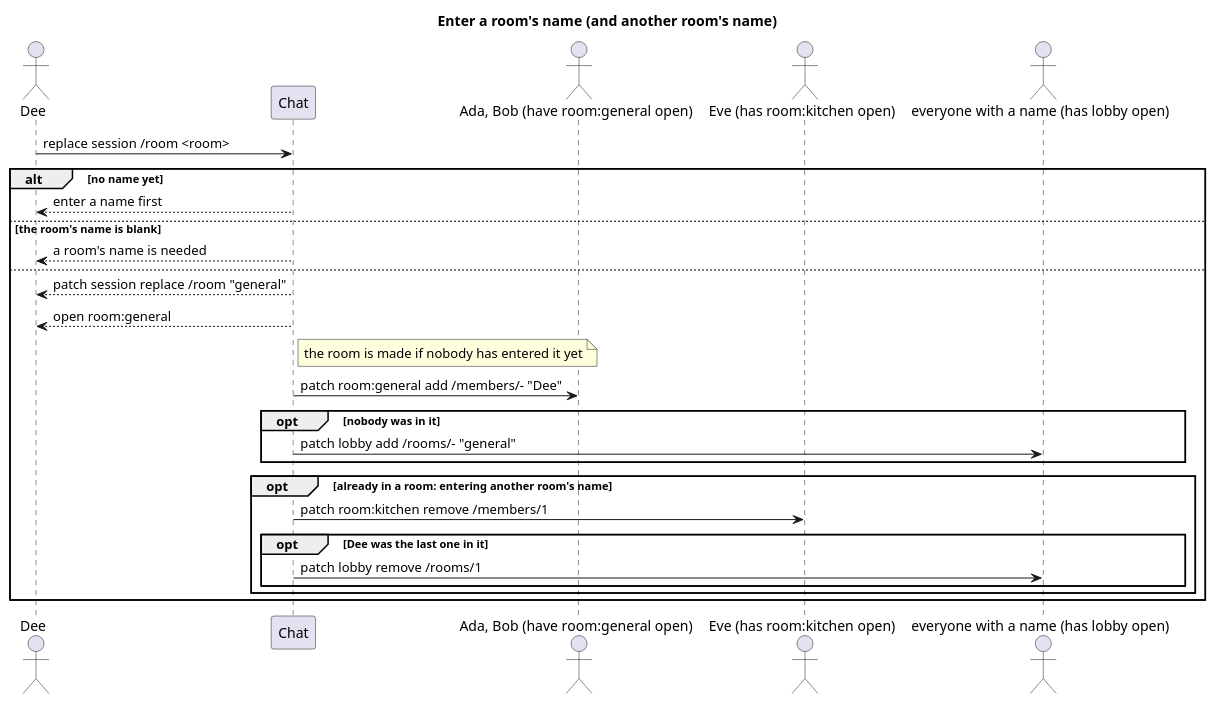
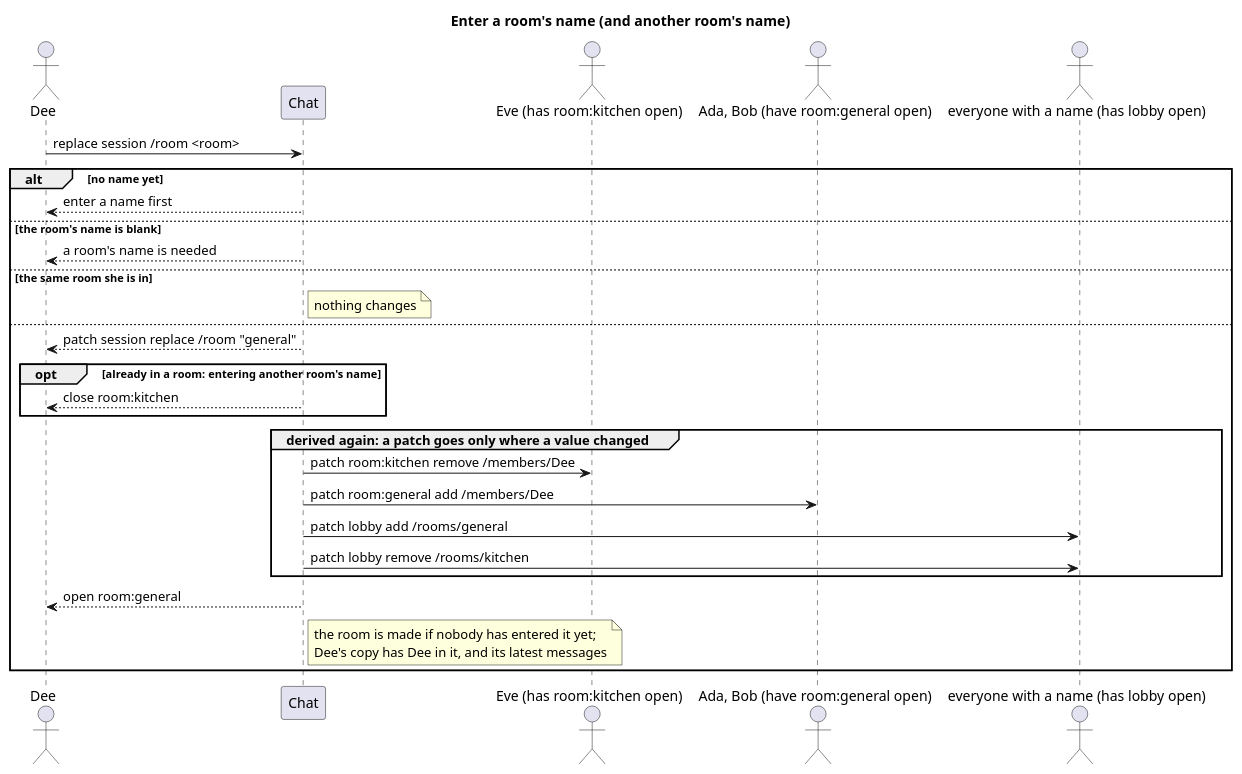
The diagram in uml/src/seq-enter-a-rooms-name.puml (blueshed/dzql), drawn with PlantUML before and after one commit. The commit also changed 10 other files, not shown here.

```diff
--- a/uml/src/seq-enter-a-rooms-name.puml
+++ b/uml/src/seq-enter-a-rooms-name.puml
@@ -1,29 +1,30 @@
 @startuml
 title Enter a room's name (and another room's name)
 actor "Dee" as dee
 participant "Chat" as app
+actor "Eve (has room:kitchen open)" as old
 actor "Ada, Bob (have room:general open)" as room
-actor "Eve (has room:kitchen open)" as old
 actor "everyone with a name (has lobby open)" as lobby
 
 dee -> app : replace session /room <room>
 alt no name yet
   app --> dee : enter a name first
 else the room's name is blank
   app --> dee : a room's name is needed
+else the same room she is in
+  note right of app : nothing changes
 else
   app --> dee : patch session replace /room "general"
+  opt already in a room: entering another room's name
+    app --> dee : close room:kitchen
+  end
+  group derived again: a patch goes only where a value changed
+    app -> old : patch room:kitchen remove /members/Dee
+    app -> room : patch room:general add /members/Dee
+    app -> lobby : patch lobby add /rooms/general
+    app -> lobby : patch lobby remove /rooms/kitchen
+  end
   app --> dee : open room:general
-  note right of app : the room is made if nobody has entered it yet
-  app -> room : patch room:general add /members/- "Dee"
-  opt nobody was in it
-    app -> lobby : patch lobby add /rooms/- "general"
-  end
-  opt already in a room: entering another room's name
-    app -> old : patch room:kitchen remove /members/1
-    opt Dee was the last one in it
-      app -> lobby : patch lobby remove /rooms/1
-    end
-  end
+  note right of app : the room is made if nobody has entered it yet;\nDee's copy has Dee in it, and its latest messages
 end
 @enduml
```
